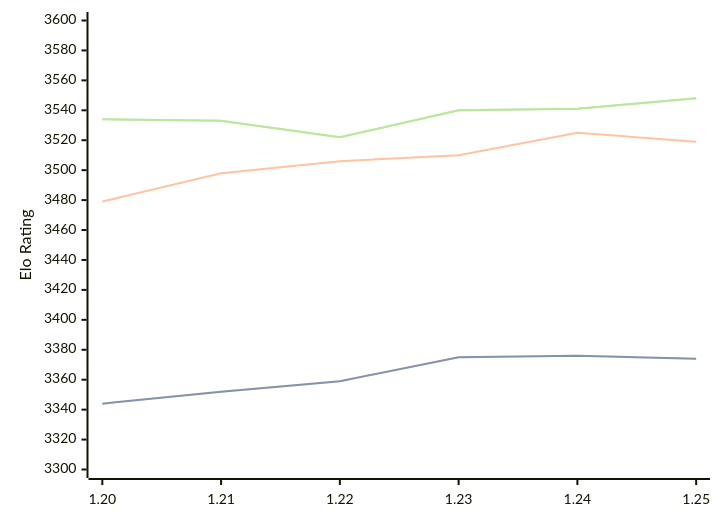
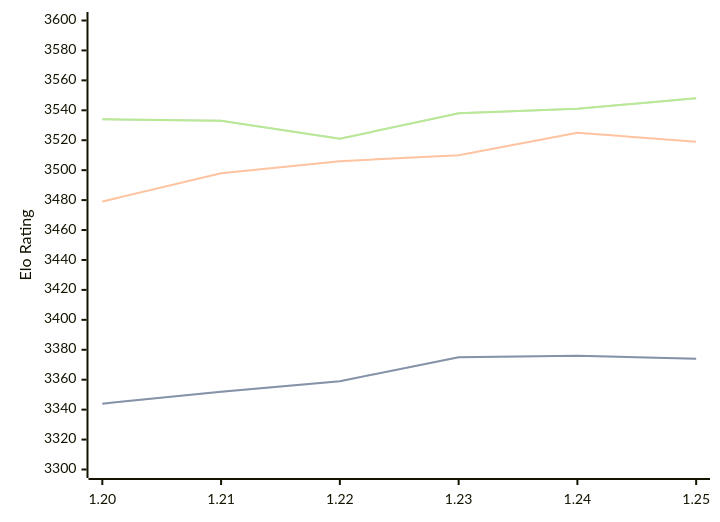
One commit to computer-chess-index/cci changed the first of 3 diagrams in engines/Caissa.md. Above: the diagram before and after it, drawn with Mermaid. The commit also changed other lines of this file, not shown here.

Commit message:
Update CCI Ratings (ELO VLTC) - 2026-07-09

````diff
--- a/engines/Caissa.md
+++ b/engines/Caissa.md
@@ -65,11 +65,11 @@
 ```mermaid
 %%{init: {"theme":"base","themeVariables":{"seriesColors:['#a3a3a3','#222221','#faa371']}}}%%
 xychart-beta
   x-axis ["1.20", "1.21", "1.22", "1.23", "1.24", "1.25"]
   y-axis "Elo Rating" 3300 --> 3600
   line "STC (8.0+0.08s)" [3344, 3352, 3359, 3375, 3376, 3374]
   line "STC (8.0+0.08s)" [3344, 3352, 3359, 3375, 3376, 3374]
   line "LTC (60.0+0.60s)" [3479, 3498, 3506, 3510, 3525, 3519]
-  line "VLTC (2m24s+1.12s)" [3534, 3533, 3522, 3540, 3541, 3548]
-  line "VLTC (2m24s+1.12s)" [3534, 3533, 3522, 3540, 3541, 3548]
+  line "VLTC (2m24s+1.12s)" [3534, 3533, 3521, 3538, 3541, 3548]
+  line "VLTC (2m24s+1.12s)" [3534, 3533, 3521, 3538, 3541, 3548]
 ```
````
